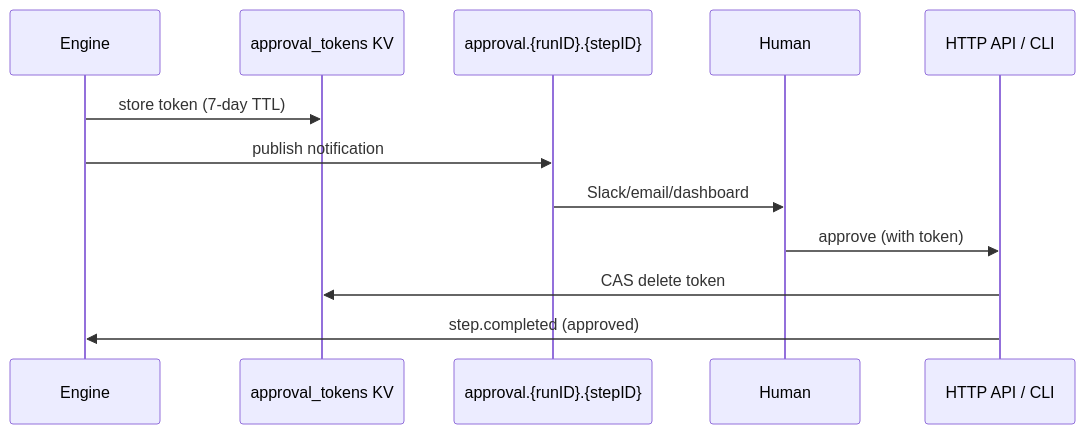
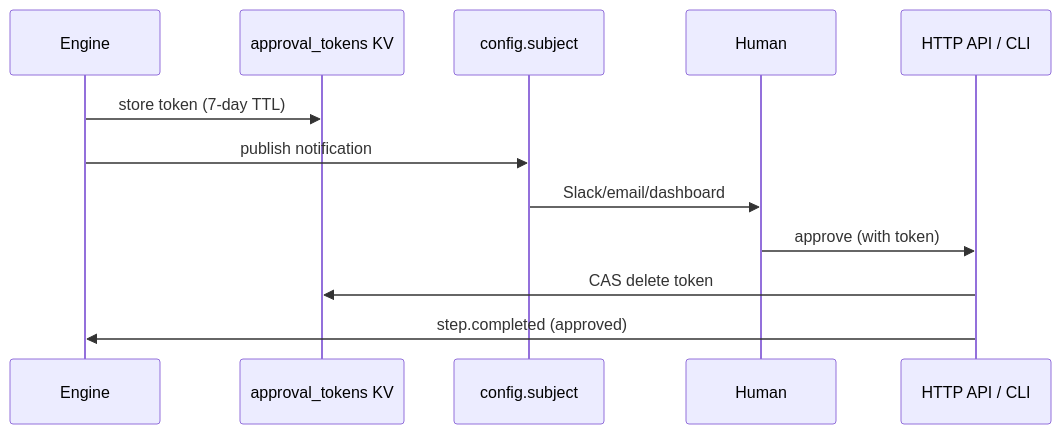
Before and after one commit to danmestas/dagnats: the diagram in docs/site/content/docs/step-types/approval-gates.md, drawn with Mermaid. The commit also changed other lines of this file and 39 other files, not shown here.

````diff
--- a/docs/site/content/docs/step-types/approval-gates.md
+++ b/docs/site/content/docs/step-types/approval-gates.md
@@ -18,15 +18,15 @@
 ```mermaid
 sequenceDiagram
     participant Engine
     participant KV as approval_tokens KV
-    participant NATS as approval.{runID}.{stepID}
+    participant NATS as config.subject
     participant Human
     participant API as HTTP API / CLI
 
     Engine->>KV: store token (7-day TTL)
     Engine->>NATS: publish notification
     NATS->>Human: Slack/email/dashboard
     Human->>API: approve (with token)
     API->>KV: CAS delete token
     API->>Engine: step.completed (approved)
 ```
````
